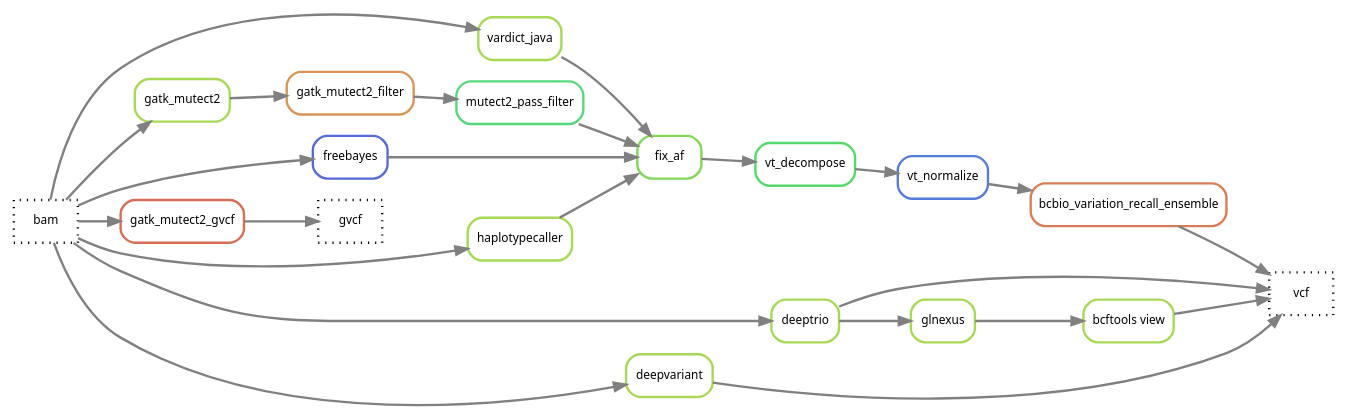
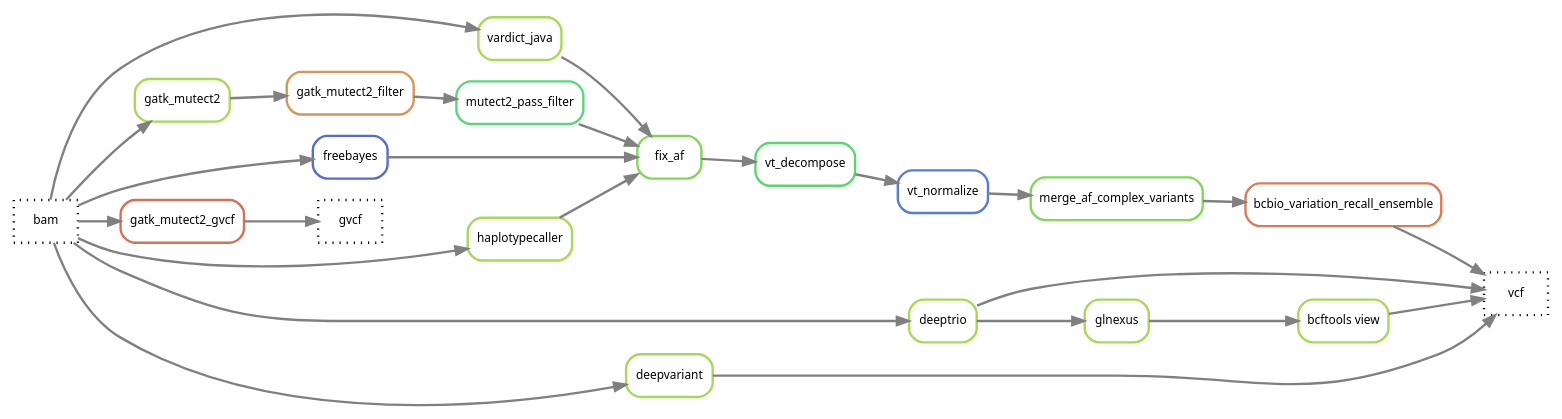
Before and after one commit to hydra-genetics/snv_indels: the diagram in docs/images/snv_indels.dot, drawn with Graphviz.

Commit message:
fix: Updated rulegraph with merge_af_complex_var.

```diff
--- a/docs/images/snv_indels.dot
+++ b/docs/images/snv_indels.dot
@@ -1,49 +1,51 @@
 digraph snakemake_dag {
 	rankdir="LR"
     graph[bgcolor=white, margin=0];
-    node[shape=box, style=rounded, fontname=sans,                 fontsize=10, penwidth=2];
+    node[shape=box, style=rounded, fontname="sans",                 fontsize=10, penwidth=2];
     edge[penwidth=2, color=grey];
 	0[label = "vcf", color = "0.0 0.0 0.0", style="dotted"];
 	1[label = "bcbio_variation_recall_ensemble", color = "0.05 0.6 0.85", style="rounded"];
+	2[label = "merge_af_complex_variants", color = "0.28 0.6 0.85", style="rounded"];
 	3[label = "vt_normalize", color = "0.62 0.6 0.85", style="rounded"];
 	4[label = "vt_decompose", color = "0.36 0.6 0.85", style="rounded"];
 	6[label = "fix_af", color = "0.28 0.6 0.85", style="rounded"];
 	8[label = "vardict_java", color = "0.23 0.6 0.85", style="rounded"];
 	11[label = "mutect2_pass_filter", color = "0.38 0.6 0.85", style="rounded"];
 	12[label = "gatk_mutect2_filter", color = "0.08 0.6 0.85", style="rounded"];
 	13[label = "gatk_mutect2", color = "0.23 0.6 0.85", style="rounded"];
 	15[label = "freebayes", color = "0.64 0.6 0.85", style="rounded"];
 	16[label = "gatk_mutect2_gvcf", color = "0.03 0.6 0.85", style="rounded"];
 	17[label = "haplotypecaller", color = "0.23 0.6 0.85", style="rounded"];
 	18[label = "deeptrio", color = "0.23 0.6 0.85", style="rounded"];
 	19[label = "deepvariant", color = "0.23 0.6 0.85", style="rounded"];
 	21[label = "glnexus", color = "0.23 0.6 0.85", style="rounded"];
 	24[label= "bcftools view", color = "0.23 0.6 0.85", style="rounded"];
 	20[label = "bam", color = "0.0 0.0 0.0", style="dotted"];
 	23[label="gvcf", color = "0.0 0.0 0.0", style="dotted"];
 	20 -> 8
 	20 -> 13
 	20 -> 15
 	20 -> 16
 	20 -> 17
 	20 -> 18
 	20 -> 19
 	1 -> 0
-	3 -> 1
+	2 -> 1
 	4 -> 3
+	3 -> 2
 	11 -> 6
 	12 -> 11
 	13 -> 12
 	6 -> 4
 	18 -> 0
 	19 -> 0
 	21 -> 24
 	24 -> 0
 	8 -> 6
 	15 -> 6
 	17 -> 6
 	16 -> 23
 	18 -> 21
 
 
 }            
```
